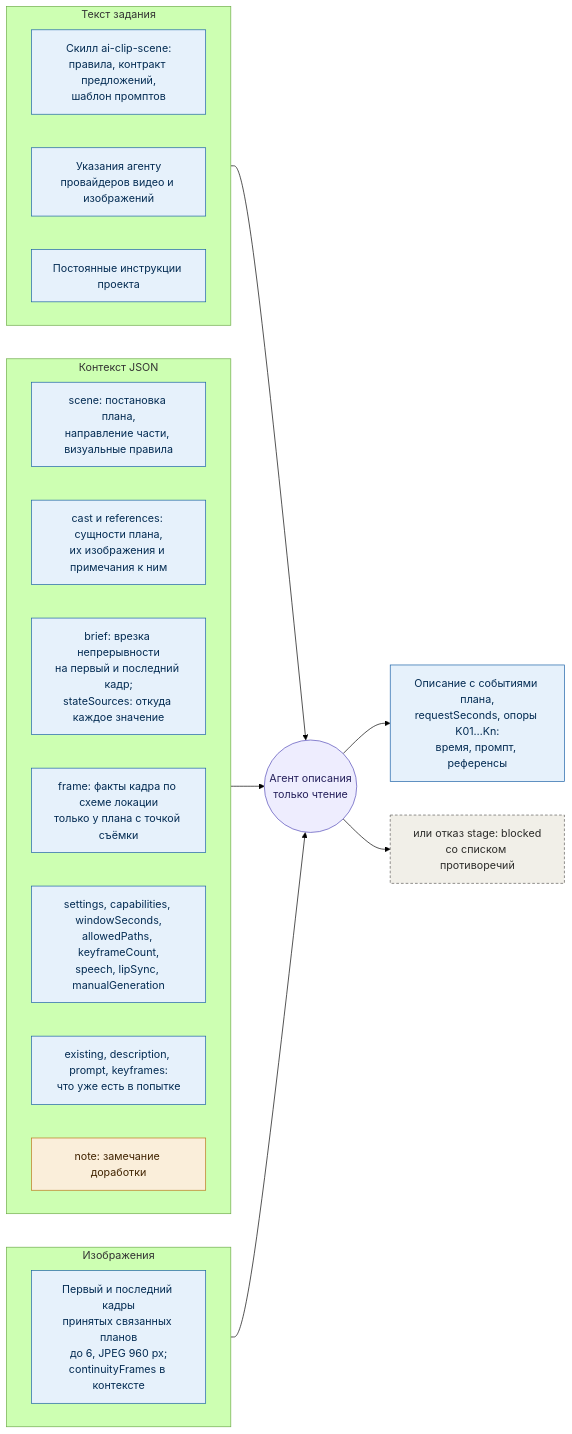
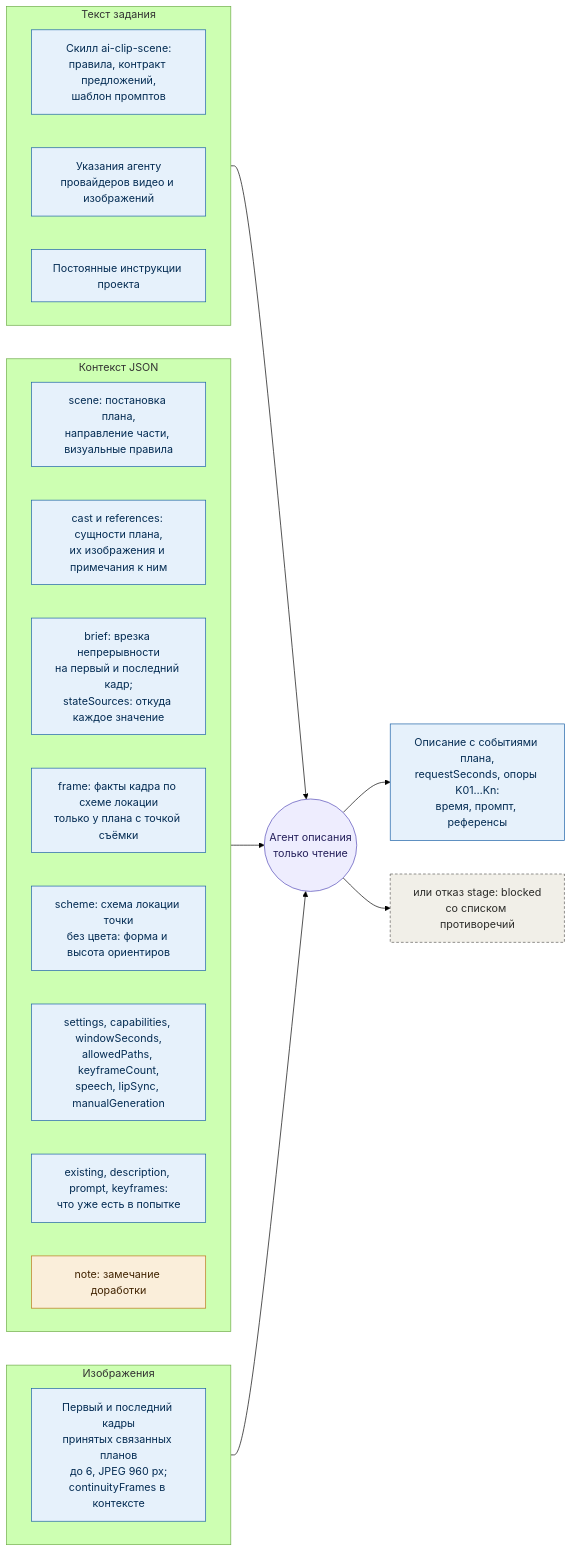
Before and after one commit to ai-animation-tools/songframe: the seventh of 10 diagrams in docs/production-map.md, drawn with Mermaid (forest theme). The commit also changed other lines of this file and 16 other files, not shown here.

First line of the commit message:
Опоры: схема локации и точка съёмки агенту описания и исполнителю

````diff
--- a/docs/production-map.md
+++ b/docs/production-map.md
@@ -274,40 +274,41 @@
 ```mermaid
 flowchart LR
   subgraph task["Текст задания"]
     direction LR
     skill["Скилл ai-clip-scene:<br/>правила, контракт предложений,<br/>шаблон промптов"]
     guide["Указания агенту<br/>провайдеров видео и изображений"]
     rules["Постоянные инструкции проекта"]
   end
   subgraph context["Контекст JSON"]
     direction LR
     scene["scene: постановка плана,<br/>направление части, визуальные правила"]
     cast["cast и references: сущности плана,<br/>их изображения и примечания к ним"]
     brief["brief: врезка непрерывности<br/>на первый и последний кадр;<br/>stateSources: откуда каждое значение"]
     frame["frame: факты кадра по схеме локации<br/>только у плана с точкой съёмки"]
+    scheme["scheme: схема локации точки<br/>без цвета: форма и высота ориентиров"]
     tech["settings, capabilities, windowSeconds,<br/>allowedPaths, keyframeCount,<br/>speech, lipSync, manualGeneration"]
     current["existing, description, prompt, keyframes:<br/>что уже есть в попытке"]
     note["note: замечание доработки"]
   end
   subgraph images["Изображения"]
     direction LR
     frames["Первый и последний кадры<br/>принятых связанных планов<br/>до 6, JPEG 960 px;<br/>continuityFrames в контексте"]
   end
   task --> agent(("Агент описания<br/>только чтение"))
   context --> agent
   images --> agent
   agent --> answer["Описание с событиями плана,<br/>requestSeconds, опоры K01…Kn:<br/>время, промпт, референсы"]
   agent --> refusal["или отказ stage: blocked<br/>со списком противоречий"]
 
   class skill,guide,rules app
-  class scene,cast,brief,frame,tech,current app
+  class scene,cast,brief,frame,scheme,tech,current app
   class note user
   class frames app
   class agent agent
   class answer app
   class refusal bad
   classDef user fill:#FAEEDA,stroke:#BA7517,color:#412402
   classDef agent fill:#EEEDFE,stroke:#534AB7,color:#26215C
   classDef app fill:#E6F1FB,stroke:#185FA5,color:#042C53
   classDef bad fill:#F1EFE8,stroke:#5F5E5A,color:#2C2C2A,stroke-dasharray:4 3
 ```
````
